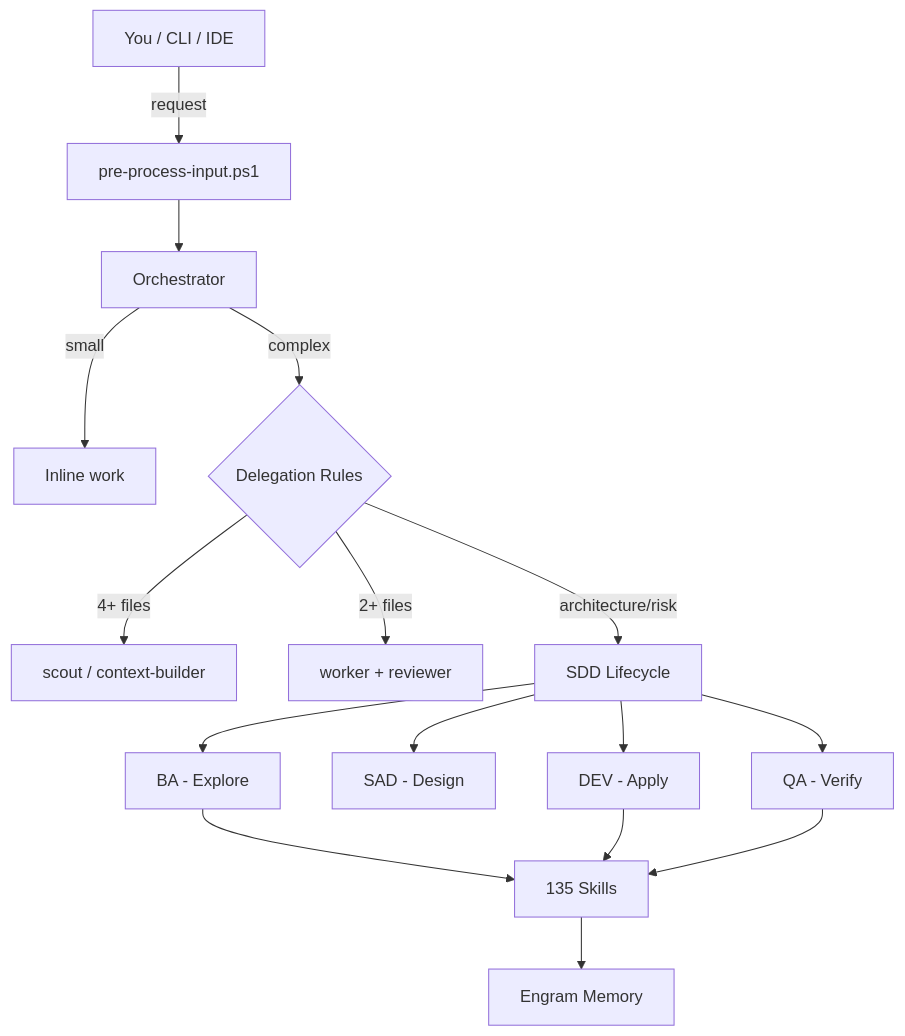
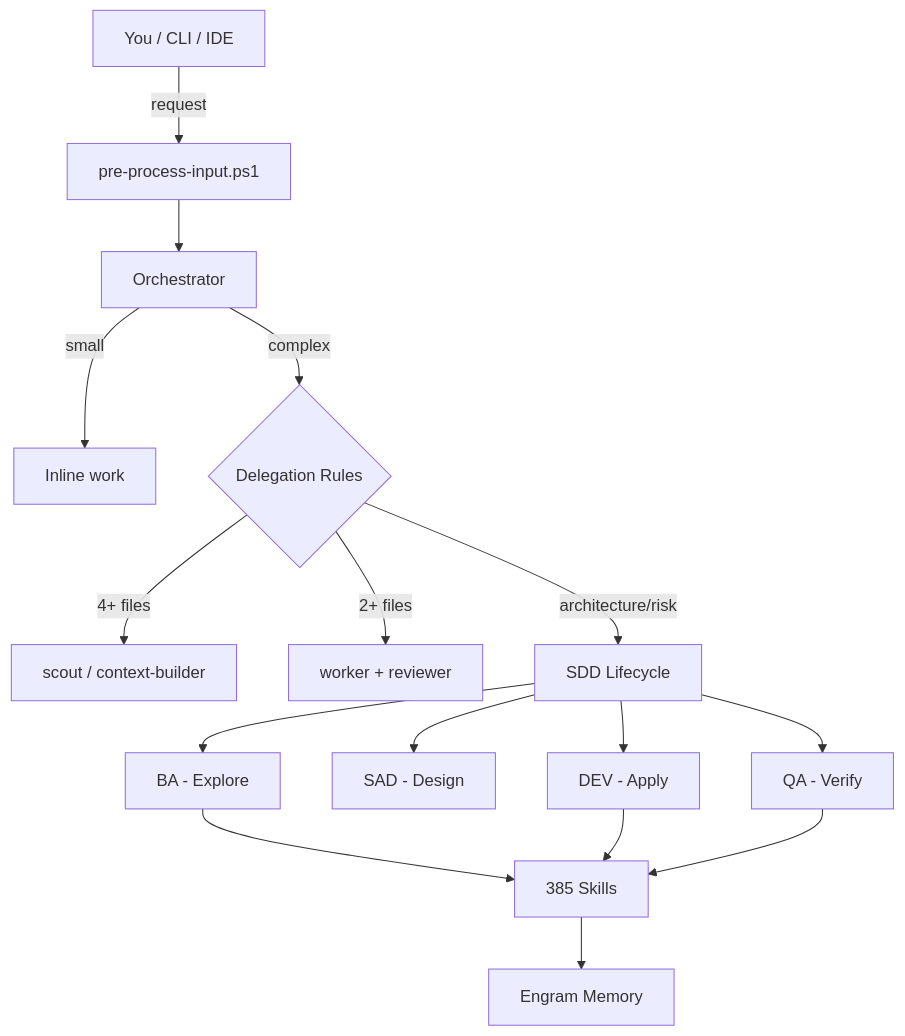
Before and after one commit to EmmanuelOrtiz87/gentle-vanguard: the first of 6 diagrams in README.md, drawn with Mermaid. The commit also changed other lines of this file and 5 other files, not shown here.

````diff
--- a/README.md
+++ b/README.md
@@ -63,23 +63,23 @@
 ```mermaid
 flowchart TB
     YOU[You / CLI / IDE]
     YOU -->|request| PP[pre-process-input.ps1]
     PP --> ORC[Orchestrator]
 
     ORC -->|small| INLINE[Inline work]
     ORC -->|complex| DELEGATE{Delegation Rules}
     DELEGATE -->|4+ files| SCOUT[scout / context-builder]
     DELEGATE -->|2+ files| WORKER[worker + reviewer]
     DELEGATE -->|architecture/risk| SDD[SDD Lifecycle]
 
     SDD --> BA[BA - Explore]
     SDD --> SAD[SAD - Design]
     SDD --> DEV[DEV - Apply]
     SDD --> QA[QA - Verify]
 
-    BA --> SKILLS[135 Skills]
+    BA --> SKILLS[385 Skills]
     DEV --> SKILLS
     QA --> SKILLS
 
     SKILLS --> MEM[Engram Memory]
 ```
````
